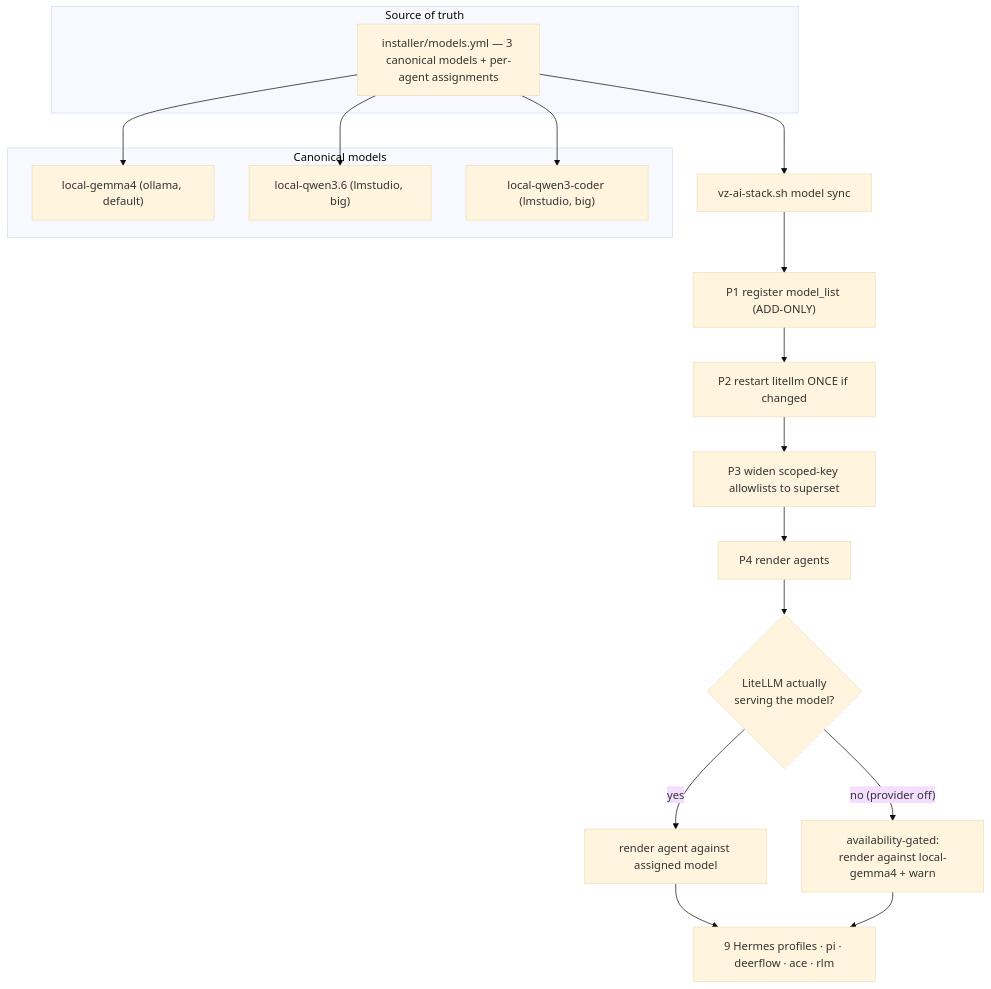
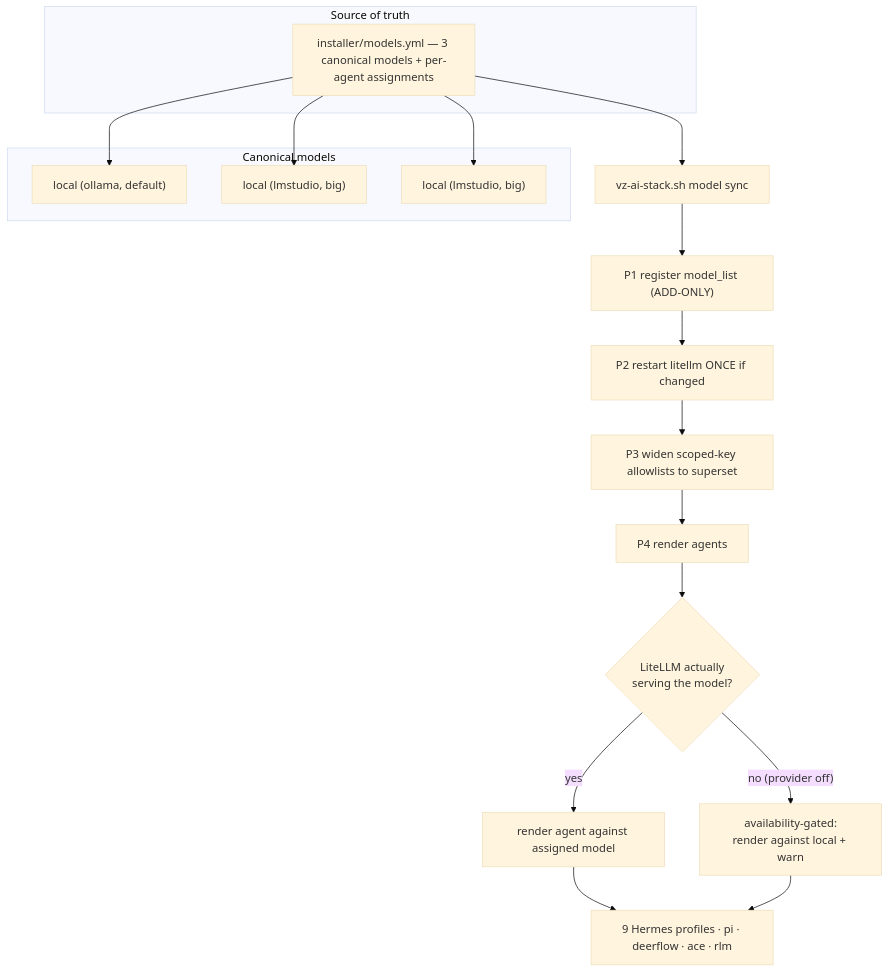
The fifth of 21 diagrams in doc/DIAGRAMS.md (mayssamj/versatile-ai-stack), drawn with Mermaid (base theme) before and after one commit. The commit also changed other lines of this file and 33 other files, not shown here.

````diff
--- a/doc/DIAGRAMS.md
+++ b/doc/DIAGRAMS.md
@@ -321,31 +321,31 @@
 ```mermaid
 flowchart TB
   subgraph SoT[Source of truth]
     MY["installer/models.yml — 3 canonical models + per-agent assignments"]
   end
 
   subgraph Models[Canonical models]
-    GM["local-gemma4 (ollama, default)"]
-    Q36["local-qwen3.6 (lmstudio, big)"]
-    QC["local-qwen3-coder (lmstudio, big)"]
+    GM["local (ollama, default)"]
+    Q36["local (lmstudio, big)"]
+    QC["local (lmstudio, big)"]
   end
 
   MY --> GM
   MY --> Q36
   MY --> QC
 
   Sync["vz-ai-stack.sh model sync"]
   MY --> Sync
 
   Sync --> P1["P1 register model_list (ADD-ONLY)"]
   P1 --> P2["P2 restart litellm ONCE if changed"]
   P2 --> P3["P3 widen scoped-key allowlists to superset"]
   P3 --> P4["P4 render agents"]
 
   P4 --> Gate{LiteLLM actually<br/>serving the model?}
   Gate -- "yes" --> Bind["render agent against assigned model"]
-  Gate -- "no (provider off)" --> Fall["availability-gated:<br/>render against local-gemma4 + warn"]
+  Gate -- "no (provider off)" --> Fall["availability-gated:<br/>render against local + warn"]
 
   Bind --> Agents["9 Hermes profiles · pi · deerflow · ace · rlm"]
   Fall --> Agents
 ```
````
